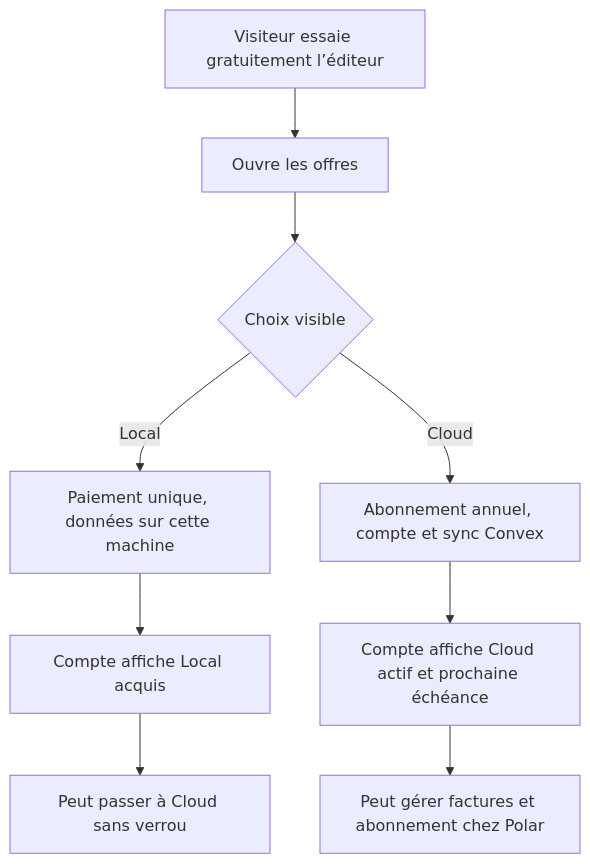
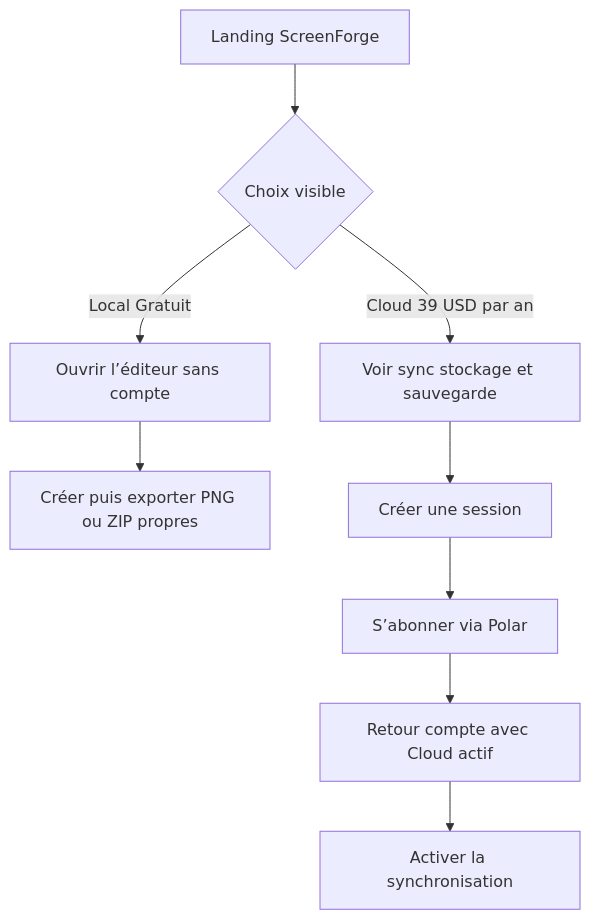
One commit to neogenz/screenforge changed the first of 2 diagrams in aidd_docs/tasks/2026_08/2026_08_15_local-cloud-plans/phase-3.md. Above: the diagram before and after it, drawn with Mermaid. The commit also changed other lines of this file and 60 other files, not shown here.

Commit message:
feat: make Local free and Cloud-only

````diff
--- a/aidd_docs/tasks/2026_08/2026_08_15_local-cloud-plans/phase-3.md
+++ b/aidd_docs/tasks/2026_08/2026_08_15_local-cloud-plans/phase-3.md
@@ -43,11 +39,11 @@
 ```mermaid
 flowchart TD
-  A[Visiteur essaie gratuitement l’éditeur] --> B[Ouvre les offres]
-  B --> C{Choix visible}
-  C -->|Local| D[Paiement unique, données sur cette machine]
-  C -->|Cloud| E[Abonnement annuel, compte et sync Convex]
-  D --> F[Compte affiche Local acquis]
-  E --> G[Compte affiche Cloud actif et prochaine échéance]
-  F --> H[Peut passer à Cloud sans verrou]
-  G --> I[Peut gérer factures et abonnement chez Polar]
+  A[Landing ScreenForge] --> B{Choix visible}
+  B -->|Local Gratuit| C[Ouvrir l’éditeur sans compte]
+  C --> D[Créer puis exporter PNG ou ZIP propres]
+  B -->|Cloud 39 USD par an| E[Voir sync stockage et sauvegarde]
+  E --> F[Créer une session]
+  F --> G[S’abonner via Polar]
+  G --> H[Retour compte avec Cloud actif]
+  H --> I[Activer la synchronisation]
 ```
````
